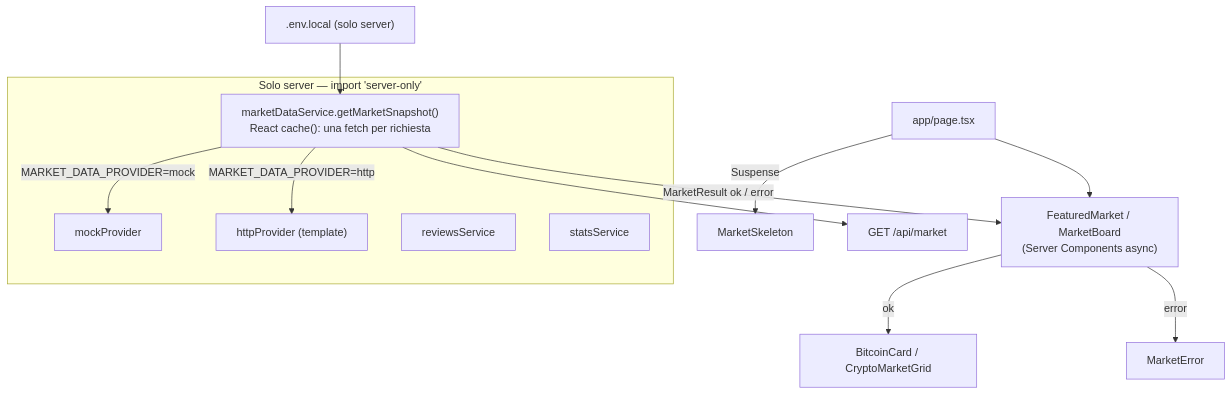
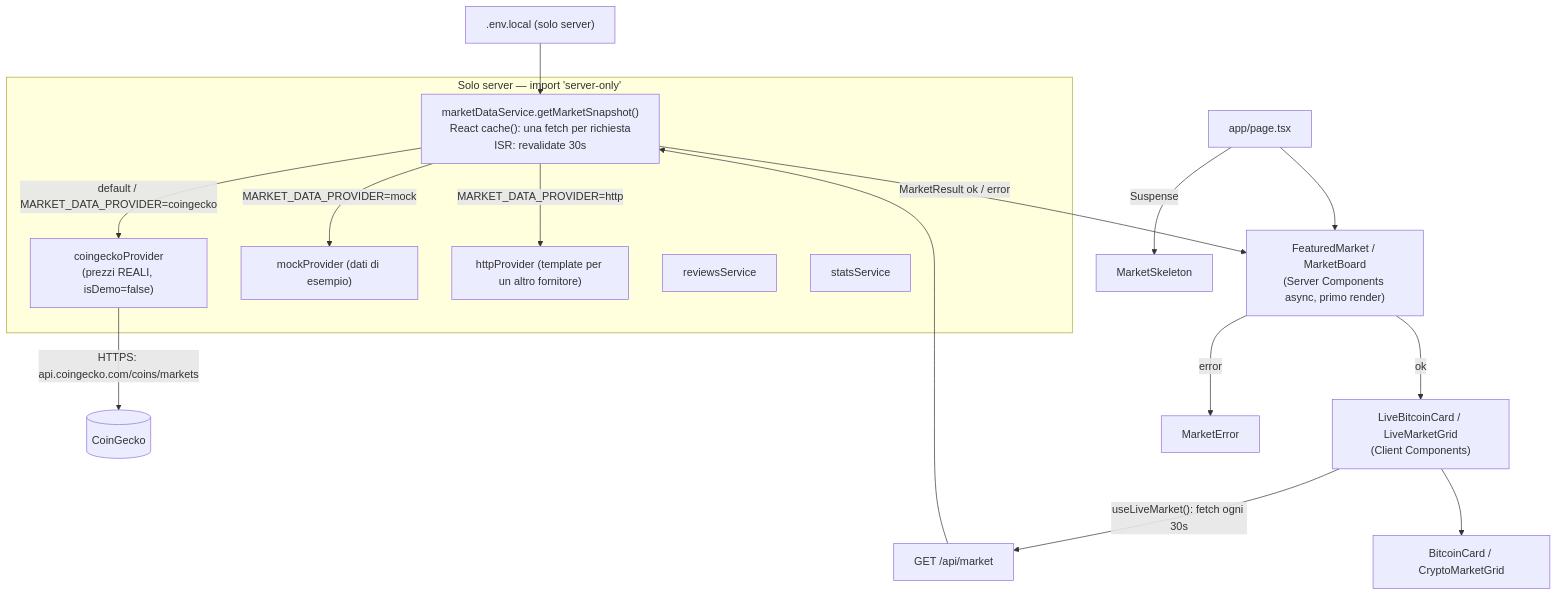
One commit to davide963-ux/cr changed the first of 4 diagrams in README.md. Above: the diagram before and after it, drawn with Mermaid. The commit also changed other lines of this file and 10 other files, not shown here.

First line of the commit message:
Show real-time crypto prices in cards via CoinGecko + client polling

````diff
--- a/README.md
+++ b/README.md
@@ -35,17 +37,21 @@
 ```mermaid
 flowchart TD
     ENV[".env.local (solo server)"] --> SVC
     subgraph Server["Solo server — import 'server-only'"]
-        SVC["marketDataService.getMarketSnapshot()<br/>React cache(): una fetch per richiesta"]
-        SVC -->|MARKET_DATA_PROVIDER=mock| MOCK["mockProvider"]
-        SVC -->|MARKET_DATA_PROVIDER=http| HTTP["httpProvider (template)"]
+        SVC["marketDataService.getMarketSnapshot()<br/>React cache(): una fetch per richiesta<br/>ISR: revalidate 30s"]
+        SVC -->|"default / MARKET_DATA_PROVIDER=coingecko"| CG["coingeckoProvider<br/>(prezzi REALI, isDemo=false)"]
+        SVC -->|MARKET_DATA_PROVIDER=mock| MOCK["mockProvider (dati di esempio)"]
+        SVC -->|MARKET_DATA_PROVIDER=http| HTTP["httpProvider (template per un altro fornitore)"]
         REV["reviewsService"]
         STA["statsService"]
     end
-    SVC -->|"MarketResult ok / error"| BLK["FeaturedMarket / MarketBoard<br/>(Server Components async)"]
-    BLK -->|ok| UI["BitcoinCard / CryptoMarketGrid"]
+    CG -->|"HTTPS: api.coingecko.com/coins/markets"| CGAPI[("CoinGecko")]
+    SVC -->|"MarketResult ok / error"| BLK["FeaturedMarket / MarketBoard<br/>(Server Components async, primo render)"]
+    BLK -->|ok| LIVE["LiveBitcoinCard / LiveMarketGrid<br/>(Client Components)"]
+    LIVE -->|"useLiveMarket(): fetch ogni 30s"| API["GET /api/market"]
+    API --> SVC
+    LIVE --> UI["BitcoinCard / CryptoMarketGrid"]
     BLK -->|error| ERR["MarketError"]
     PAGE["app/page.tsx"] -->|Suspense| SK["MarketSkeleton"]
     PAGE --> BLK
-    SVC --> API["GET /api/market"]
 ```
````
